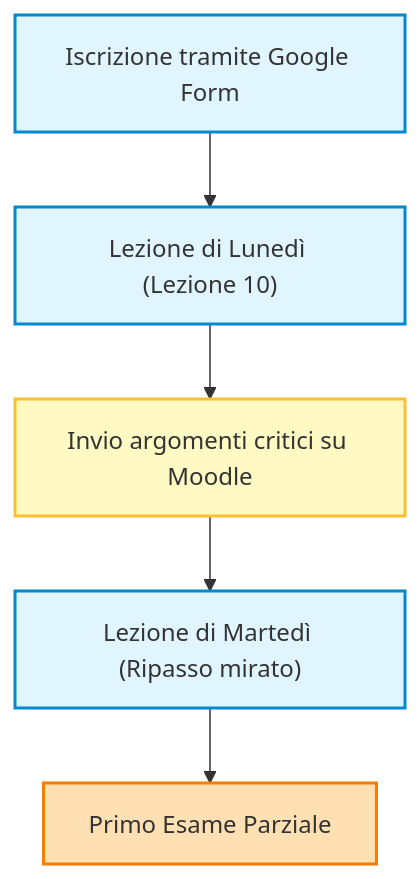
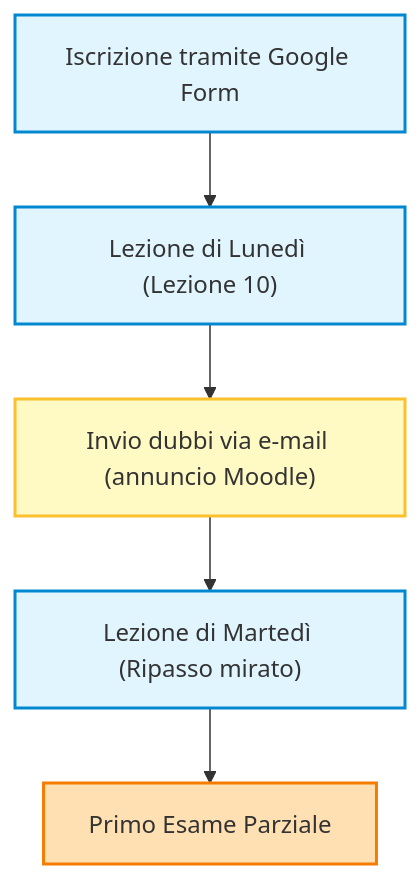
One commit to giovannistefanuto/Lezionify-Appunti changed the first of 5 diagrams in Reinforcement Learning/2026-10-26/schema.md. Above: the diagram before and after it, drawn with Mermaid. The commit also changed other lines of this file and 1 other file, not shown here.

````diff
--- a/Reinforcement Learning/2026-10-26/schema.md
+++ b/Reinforcement Learning/2026-10-26/schema.md
@@ -38,13 +38,13 @@
 ```mermaid
 flowchart TD
     A["Iscrizione tramite Google Form"] --> B["Lezione di Lunedì (Lezione 10)"]
-    B --> C["Invio argomenti critici su Moodle"]
+    B --> C["Invio dubbi via e-mail (annuncio Moodle)"]
     C --> D["Lezione di Martedì (Ripasso mirato)"]
     D --> E["Primo Esame Parziale"]
 
     style A fill:#e1f5fe,stroke:#0288d1,stroke-width:2px
     style B fill:#e1f5fe,stroke:#0288d1,stroke-width:2px
     style C fill:#fff9c4,stroke:#fbc02d,stroke-width:2px
     style D fill:#e1f5fe,stroke:#0288d1,stroke-width:2px
     style E fill:#ffe0b2,stroke:#f57c00,stroke-width:2px
 ```
````
